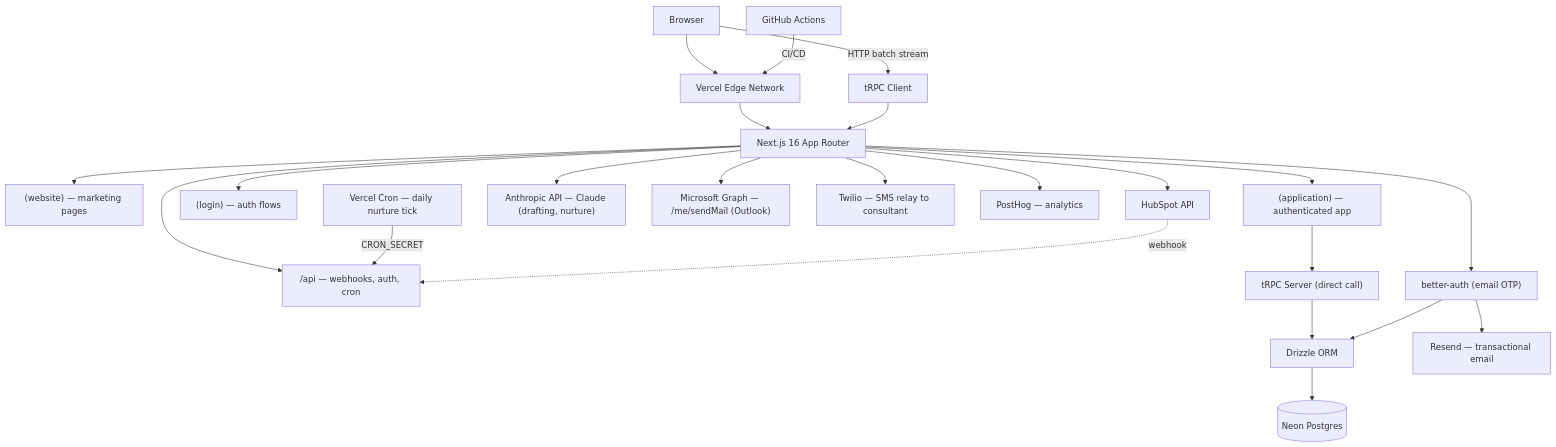
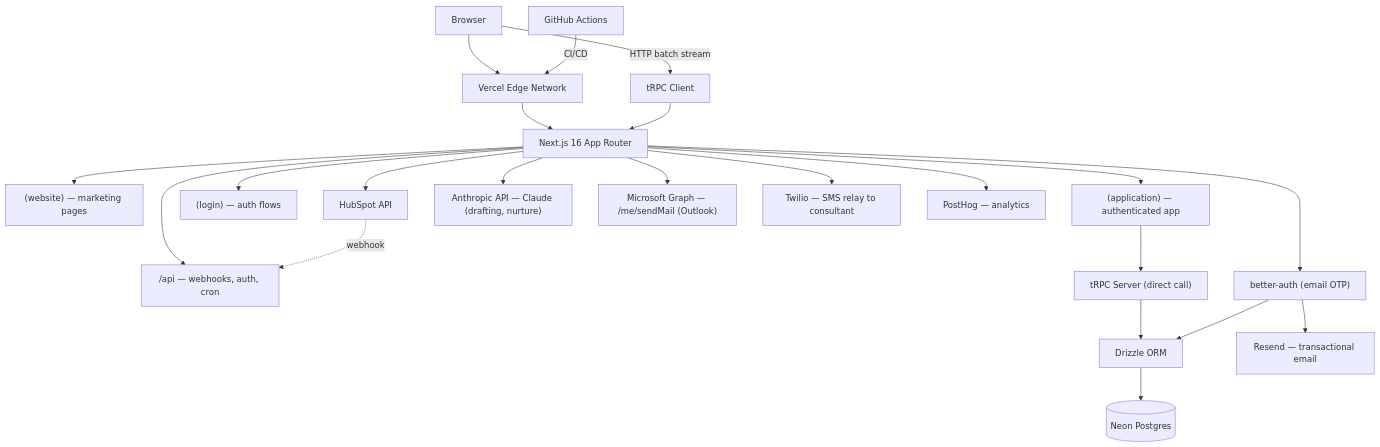
Before and after one commit to samjmarshall/rekurve: the first of 3 diagrams in docs/README.md, drawn with Mermaid. The commit also changed other lines of this file and 49 other files, not shown here.

First line of the commit message:
feat(nurture): migrate Follow-up plans to Inngest; delete nurture_sequences (#295)

````diff
--- a/docs/README.md
+++ b/docs/README.md
@@ -133,32 +133,31 @@
 ```mermaid
 graph TD
     Browser --> Vercel[Vercel Edge Network]
     Vercel --> NextJS[Next.js 16 App Router]
 
     NextJS --> Website["(website) — marketing pages"]
     NextJS --> Application["(application) — authenticated app"]
     NextJS --> Login["(login) — auth flows"]
     NextJS --> API["/api — webhooks, auth, cron"]
 
     Application --> tRPC_Server["tRPC Server (direct call)"]
     Browser -->|HTTP batch stream| tRPC_Client["tRPC Client"]
     tRPC_Client --> NextJS
 
     tRPC_Server --> Drizzle[Drizzle ORM]
     Drizzle --> Neon[(Neon Postgres)]
 
     NextJS --> BetterAuth["better-auth (email OTP)"]
     BetterAuth --> Resend[Resend — transactional email]
     BetterAuth --> Drizzle
 
     NextJS --> HubSpot[HubSpot API]
     NextJS --> Anthropic["Anthropic API — Claude (drafting, nurture)"]
     NextJS --> MSGraph["Microsoft Graph — /me/sendMail (Outlook)"]
     NextJS --> Twilio["Twilio — SMS relay to consultant"]
     NextJS --> PostHog[PostHog — analytics]
 
-    Cron["Vercel Cron — daily nurture tick"] -->|CRON_SECRET| API
     HubSpot -.->|webhook| API
 
     GitHub[GitHub Actions] -->|CI/CD| Vercel
 ```
````
